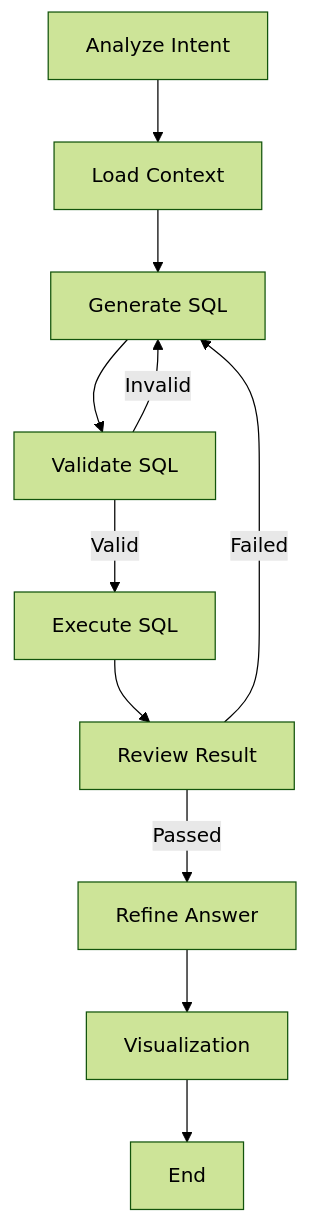
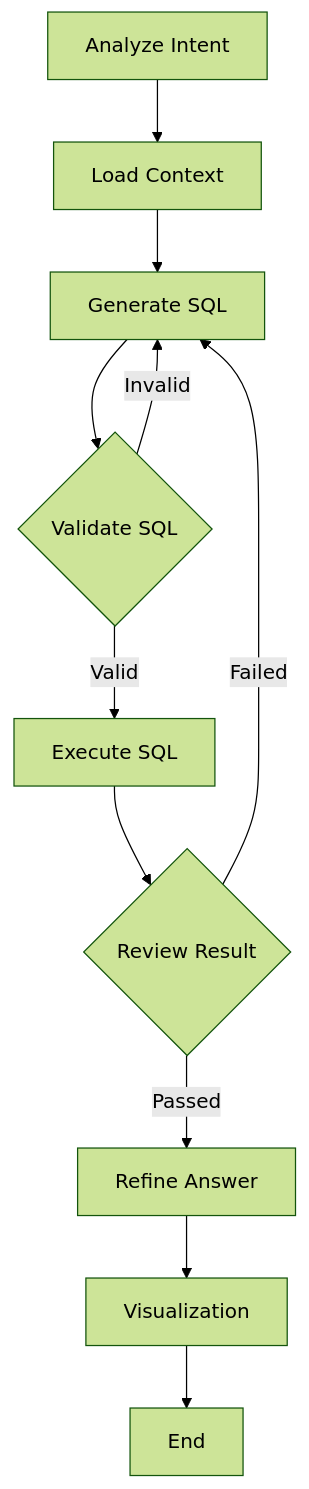
Before and after one commit to yjzaaa/Nl_tosql_agent: the diagram in README.md, drawn with Mermaid (forest theme). The commit also changed 1 other file, not shown here.

Commit message:
Fix Mermaid diagram syntax in README and add git-automator skill

````diff
--- a/README.md
+++ b/README.md
@@ -24,13 +24,13 @@
 ```mermaid
 graph TD
     A[Analyze Intent] --> B[Load Context]
     B --> C[Generate SQL]
-    C --> D[Validate SQL]
+    C --> D{Validate SQL}
     D -- Valid --> E[Execute SQL]
     D -- Invalid --> C
-    E --> F[Review Result]
+    E --> F{Review Result}
     F -- Passed --> G[Refine Answer]
     F -- Failed --> C
     G --> H[Visualization]
-    H --> End
+    H --> I[End]
 ```
````
